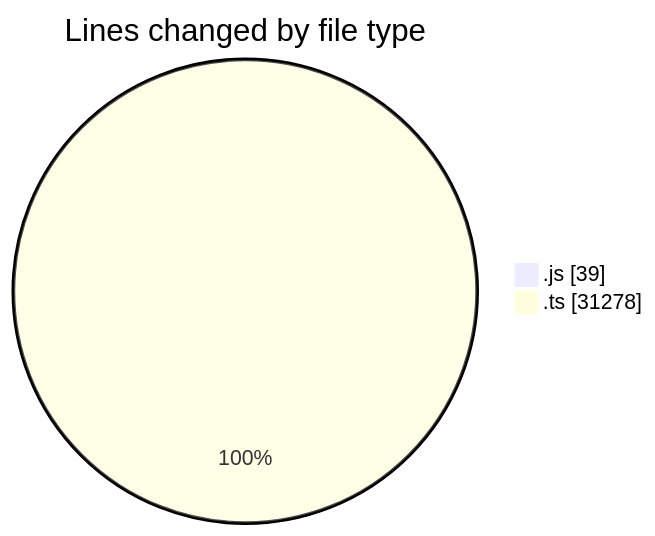
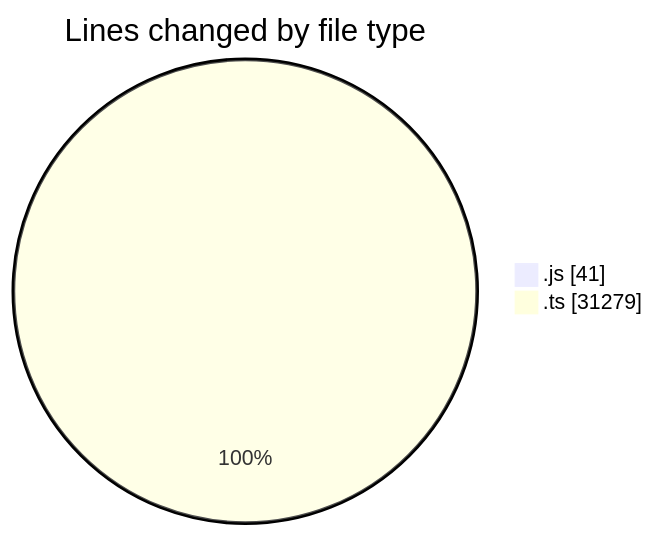
One commit to momahboobian/code-tracking changed the first of 2 diagrams in 2025-06-19/cda/README.md. Above: the diagram before and after it, drawn with Mermaid. The commit also changed other lines of this file and 1 other file, not shown here.

````diff
--- a/2025-06-19/cda/README.md
+++ b/2025-06-19/cda/README.md
@@ -27,6 +28,6 @@
 ```mermaid
 pie showData
 title Lines changed by file type
-".js" : 39
-".ts" : 31278
+".js" : 41
+".ts" : 31279
 ```
````
